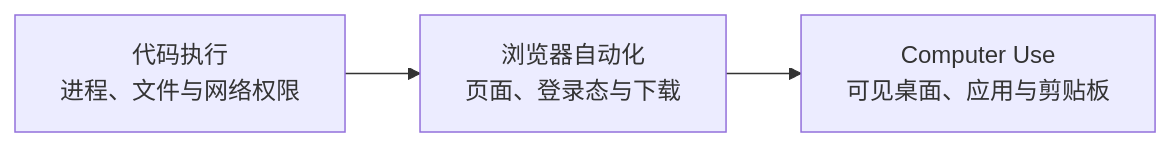
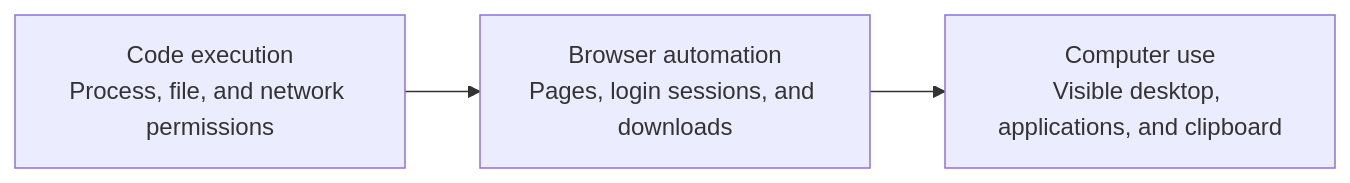
One commit to oneleaveknowsthefall/awesome-ai-roadmap changed the first of 2 diagrams in docs/safety/04-agent-execution-isolation/08-code-execution-browser-computer-use-sandboxing.md. Above: the diagram before and after it, drawn with Mermaid. The commit also changed other lines of this file and 82 other files, not shown here.

````diff
--- a/docs/safety/04-agent-execution-isolation/08-code-execution-browser-computer-use-sandboxing.md
+++ b/docs/safety/04-agent-execution-isolation/08-code-execution-browser-computer-use-sandboxing.md
@@ -11,5 +11,5 @@
 ```mermaid
 flowchart LR
-    A[代码执行<br/>进程、文件与网络权限] --> B[浏览器自动化<br/>页面、登录态与下载]
-    B --> C[Computer Use<br/>可见桌面、应用与剪贴板]
+    A[Code execution<br/>Process, file, and network permissions] --> B[Browser automation<br/>Pages, login sessions, and downloads]
+    B --> C[Computer use<br/>Visible desktop, applications, and clipboard]
 ```
````
